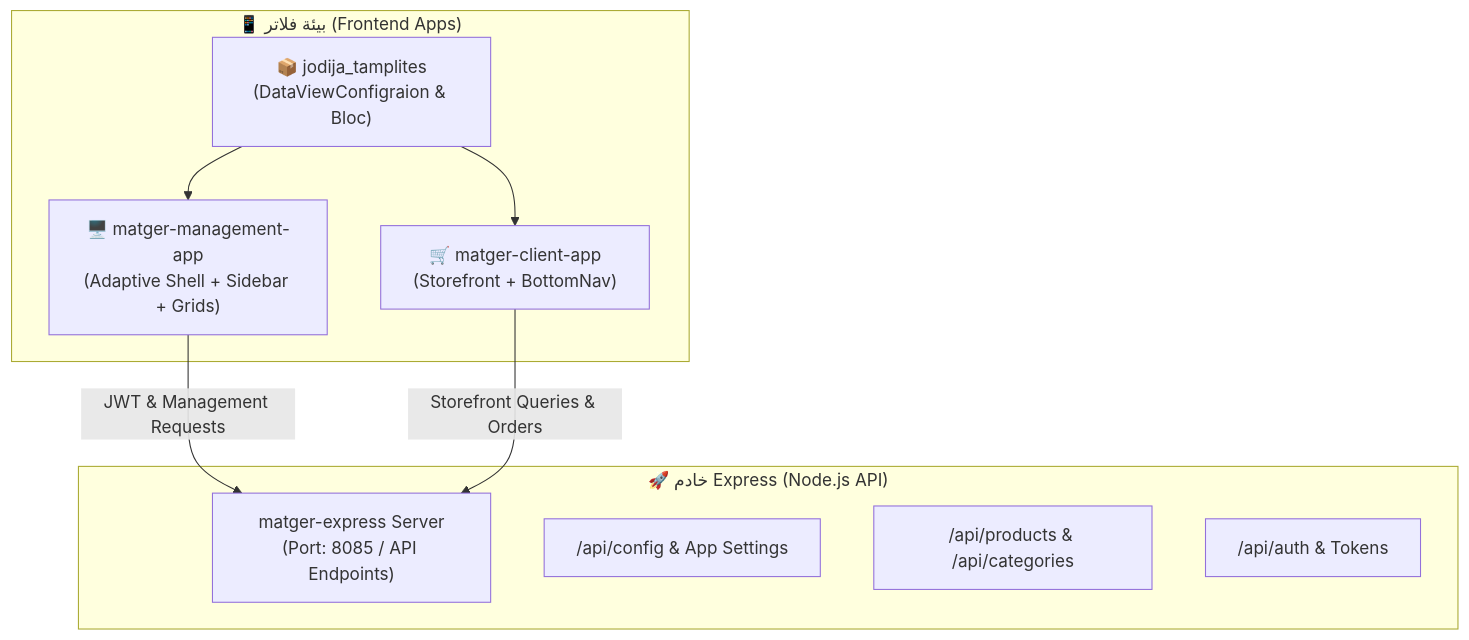
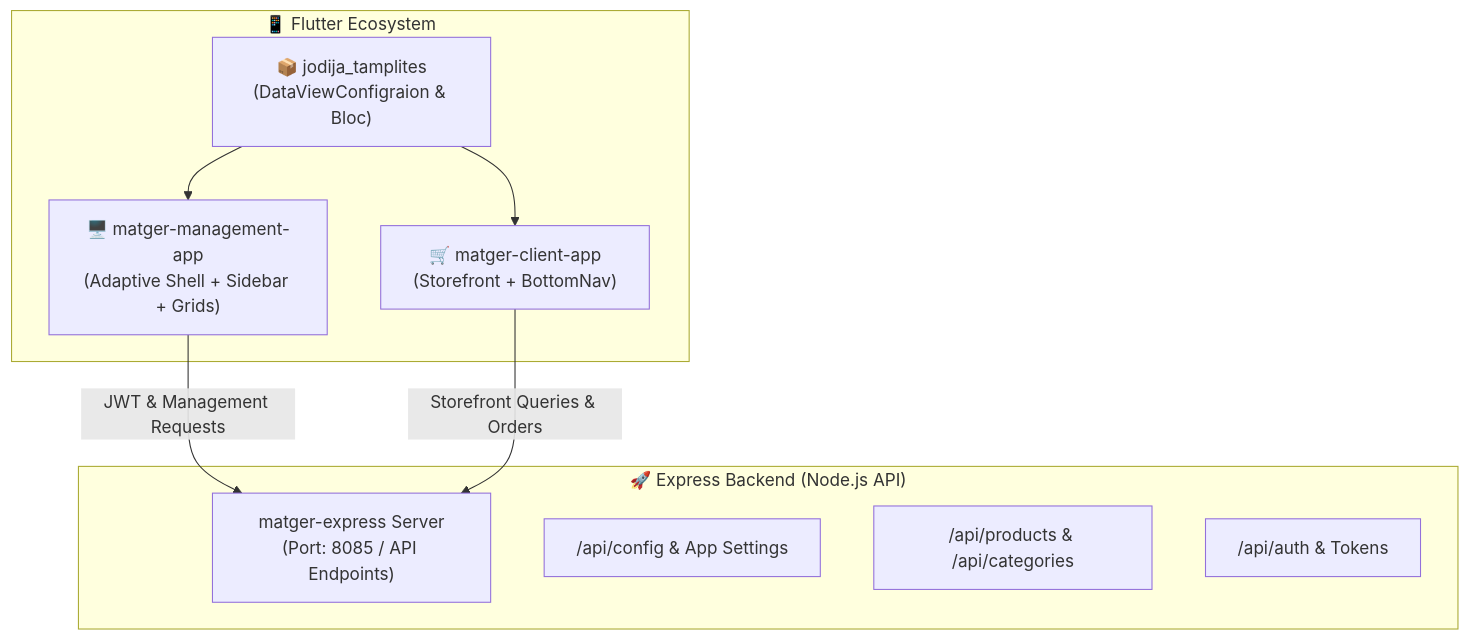
Before and after one commit to zeftawyapps/jodija_tamplites: the diagram in doc/04_integrations/MATGER_ECOSYSTEM_INTEGRATION.md, drawn with Mermaid. The commit also changed other lines of this file and 67 other files, not shown here.

````diff
--- a/doc/04_integrations/MATGER_ECOSYSTEM_INTEGRATION.md
+++ b/doc/04_integrations/MATGER_ECOSYSTEM_INTEGRATION.md
@@ -21,20 +26,20 @@
 ```mermaid
 graph TD
-    subgraph FrontendFlutter ["📱 بيئة فلاتر (Frontend Apps)"]
+    subgraph FrontendFlutter ["📱 Flutter Ecosystem"]
         AdminApp["🖥️ matger-management-app\n(Adaptive Shell + Sidebar + Grids)"]
         ClientApp["🛒 matger-client-app\n(Storefront + BottomNav)"]
         SharedTemplates["📦 jodija_tamplites\n(DataViewConfigraion & Bloc)"]
     end
     
-    subgraph BackendExpress ["🚀 خادم Express (Node.js API)"]
+    subgraph BackendExpress ["🚀 Express Backend (Node.js API)"]
         ExpressServer["matger-express Server\n(Port: 8085 / API Endpoints)"]
         ConfigRoute["/api/config & App Settings"]
         CatalogRoute["/api/products & /api/categories"]
         AuthRoute["/api/auth & Tokens"]
     end
     
     SharedTemplates --> AdminApp
     SharedTemplates --> ClientApp
     AdminApp -->|JWT & Management Requests| ExpressServer
     ClientApp -->|Storefront Queries & Orders| ExpressServer
 ```
````
